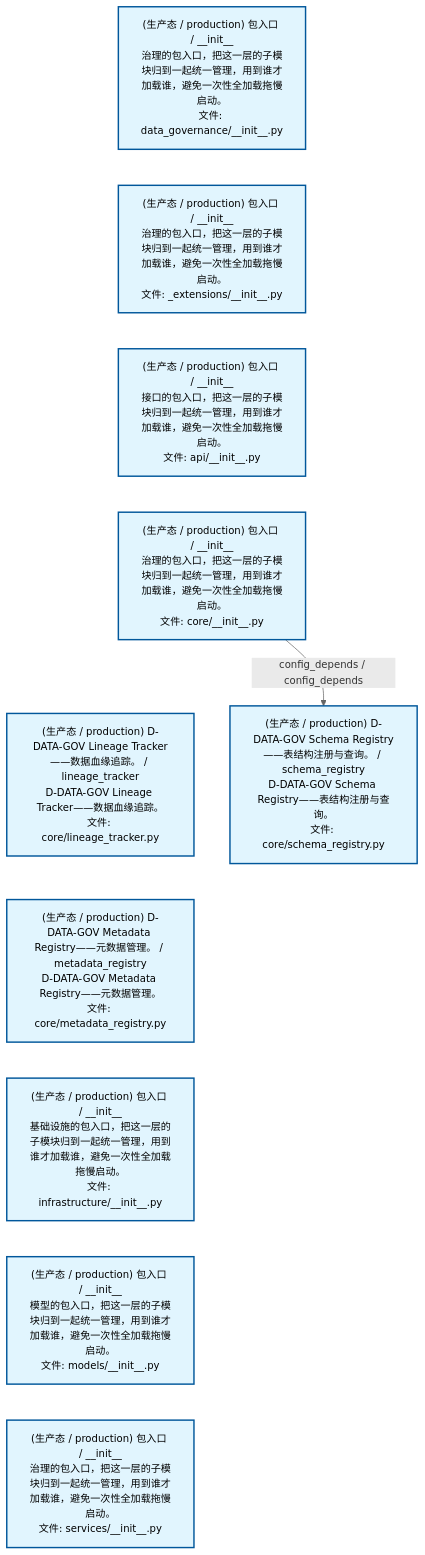
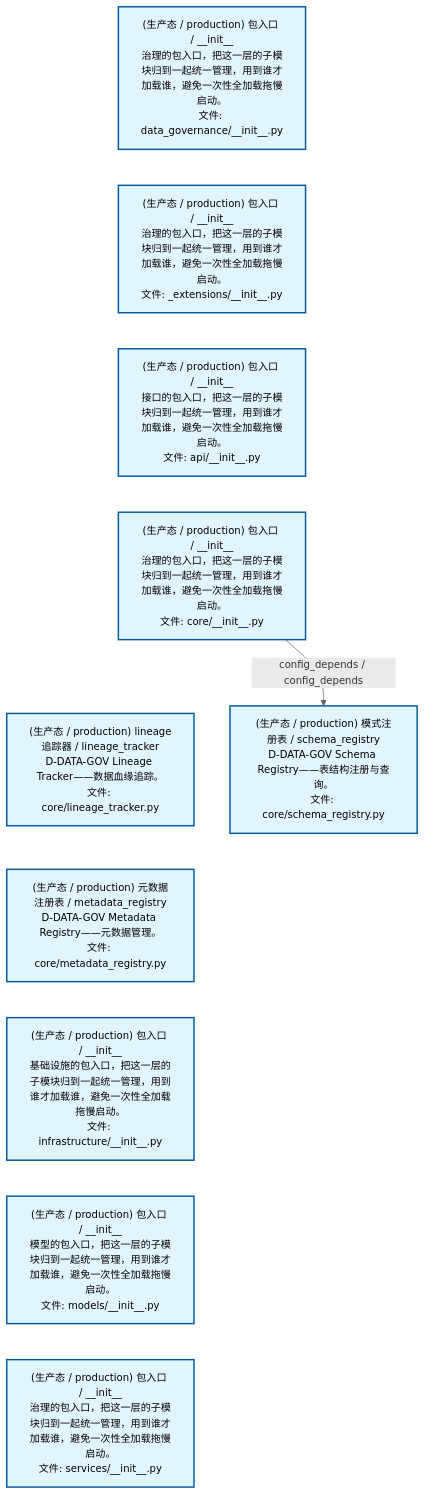
The first of 2 diagrams in docs/02_enterprise_architecture/02_domain_architecture_docs/13_d_data_gov.md (xuanFelixVan/ZephyrAlpha), drawn with Mermaid before and after one commit. The commit also changed other lines of this file and 50 other files, not shown here.

````diff
--- a/docs/02_enterprise_architecture/02_domain_architecture_docs/13_d_data_gov.md
+++ b/docs/02_enterprise_architecture/02_domain_architecture_docs/13_d_data_gov.md
@@ -53,28 +53,28 @@
 ```mermaid
 %%{init: {'theme': 'base', 'themeVariables': {'primaryColor': '#eaeaea', 'primaryTextColor': '#333333', 'primaryBorderColor': '#666666', 'lineColor': '#666666', 'secondaryColor': '#eaeaea', 'tertiaryColor': '#eaeaea', 'fontSize': '14px'}}}%%
 flowchart TD
     src_zephyr_data_governance_init_py["(生产态 / production) 包入口 / __init__<br/>治理的包入口，把这一层的子模块归到一起统一管理，用到谁才加载谁，避免一次性全加载拖慢启动。<br/>文件: data_governance/__init__.py"]
     src_zephyr_data_governance_extensions_init_py["(生产态 / production) 包入口 / __init__<br/>治理的包入口，把这一层的子模块归到一起统一管理，用到谁才加载谁，避免一次性全加载拖慢启动。<br/>文件: _extensions/__init__.py"]
     src_zephyr_data_governance_api_init_py["(生产态 / production) 包入口 / __init__<br/>接口的包入口，把这一层的子模块归到一起统一管理，用到谁才加载谁，避免一次性全加载拖慢启动。<br/>文件: api/__init__.py"]
     src_zephyr_data_governance_core_init_py["(生产态 / production) 包入口 / __init__<br/>治理的包入口，把这一层的子模块归到一起统一管理，用到谁才加载谁，避免一次性全加载拖慢启动。<br/>文件: core/__init__.py"]
-    src_zephyr_data_governance_core_lineage_tracker_py["(生产态 / production) D-DATA-GOV Lineage Tracker——数据血缘追踪。 / lineage_tracker<br/>D-DATA-GOV Lineage Tracker——数据血缘追踪。<br/>文件: core/lineage_tracker.py"]
-    src_zephyr_data_governance_core_metadata_registry_py["(生产态 / production) D-DATA-GOV Metadata Registry——元数据管理。 / metadata_registry<br/>D-DATA-GOV Metadata Registry——元数据管理。<br/>文件: core/metadata_registry.py"]
+    src_zephyr_data_governance_core_lineage_tracker_py["(生产态 / production) lineage追踪器 / lineage_tracker<br/>D-DATA-GOV Lineage Tracker——数据血缘追踪。<br/>文件: core/lineage_tracker.py"]
+    src_zephyr_data_governance_core_metadata_registry_py["(生产态 / production) 元数据注册表 / metadata_registry<br/>D-DATA-GOV Metadata Registry——元数据管理。<br/>文件: core/metadata_registry.py"]
     src_zephyr_data_governance_infrastructure_init_py["(生产态 / production) 包入口 / __init__<br/>基础设施的包入口，把这一层的子模块归到一起统一管理，用到谁才加载谁，避免一次性全加载拖慢启动。<br/>文件: infrastructure/__init__.py"]
     src_zephyr_data_governance_models_init_py["(生产态 / production) 包入口 / __init__<br/>模型的包入口，把这一层的子模块归到一起统一管理，用到谁才加载谁，避免一次性全加载拖慢启动。<br/>文件: models/__init__.py"]
     src_zephyr_data_governance_services_init_py["(生产态 / production) 包入口 / __init__<br/>治理的包入口，把这一层的子模块归到一起统一管理，用到谁才加载谁，避免一次性全加载拖慢启动。<br/>文件: services/__init__.py"]
     src_zephyr_data_governance_init_py ~~~ src_zephyr_data_governance_extensions_init_py
     src_zephyr_data_governance_extensions_init_py ~~~ src_zephyr_data_governance_api_init_py
     src_zephyr_data_governance_api_init_py ~~~ src_zephyr_data_governance_core_init_py
     src_zephyr_data_governance_core_init_py ~~~ src_zephyr_data_governance_core_lineage_tracker_py
     src_zephyr_data_governance_core_lineage_tracker_py ~~~ src_zephyr_data_governance_core_metadata_registry_py
     src_zephyr_data_governance_core_metadata_registry_py ~~~ src_zephyr_data_governance_infrastructure_init_py
     src_zephyr_data_governance_infrastructure_init_py ~~~ src_zephyr_data_governance_models_init_py
     src_zephyr_data_governance_models_init_py ~~~ src_zephyr_data_governance_services_init_py
-    src_zephyr_data_governance_core_schema_registry_py["(生产态 / production) D-DATA-GOV Schema Registry——表结构注册与查询。 / schema_registry<br/>D-DATA-GOV Schema Registry——表结构注册与查询。<br/>文件: core/schema_registry.py"]
+    src_zephyr_data_governance_core_schema_registry_py["(生产态 / production) 模式注册表 / schema_registry<br/>D-DATA-GOV Schema Registry——表结构注册与查询。<br/>文件: core/schema_registry.py"]
     src_zephyr_data_governance_core_init_py -->|config_depends / config_depends| src_zephyr_data_governance_core_schema_registry_py
     classDef production fill:#e1f5fe,stroke:#01579b,stroke-width:2px,color:#000
     classDef design fill:#fff3e0,stroke:#e65100,stroke-width:2px,color:#000,stroke-dasharray: 5 5
     classDef external_prod fill:#e8f4fd,stroke:#0277bd,stroke-width:1px,color:#000
     classDef external_design fill:#fff8e7,stroke:#ef6c00,stroke-width:1px,color:#000,stroke-dasharray: 5 5
     class src_zephyr_data_governance_init_py,src_zephyr_data_governance_extensions_init_py,src_zephyr_data_governance_api_init_py,src_zephyr_data_governance_core_init_py,src_zephyr_data_governance_core_lineage_tracker_py,src_zephyr_data_governance_core_metadata_registry_py,src_zephyr_data_governance_core_schema_registry_py,src_zephyr_data_governance_infrastructure_init_py,src_zephyr_data_governance_models_init_py,src_zephyr_data_governance_services_init_py production
 ```
````
